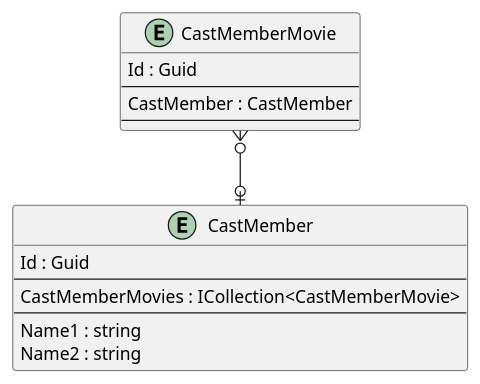
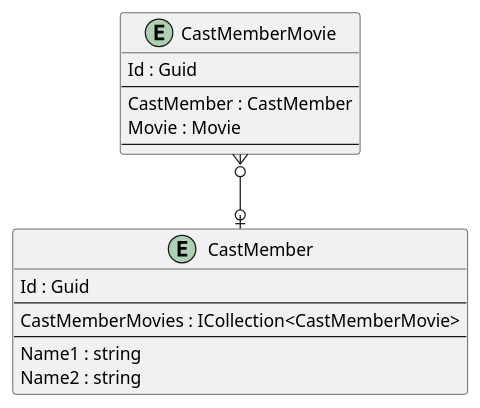
Before and after one commit to intrepion/BlazorWebAppMovies: the diagram in .docs/BlazorWebAppMovies.pu, drawn with PlantUML.

```diff
--- a/.docs/BlazorWebAppMovies.pu
+++ b/.docs/BlazorWebAppMovies.pu
@@ -1,28 +1,29 @@
 @startuml
 
 entity CastMember {
     Id : Guid
     --
     CastMemberMovies : ICollection<CastMemberMovie>
     ' CastMemberKeyCodePlaceholder
     --
     Name1 : string
     Name2 : string
     ' CastMemberPropertyCodePlaceholder
 }
 
 entity CastMemberMovie {
     Id : Guid
     --
     CastMember : CastMember
+    Movie : Movie
     ' CastMemberMovieKeyCodePlaceholder
     --
     ' CastMemberMoviePropertyCodePlaceholder
 }
 
 ' EntityCodePlaceholder
 
 CastMemberMovie }o--o| CastMember
 ' RelationshipCodePlaceholder
 
 @enduml
```
